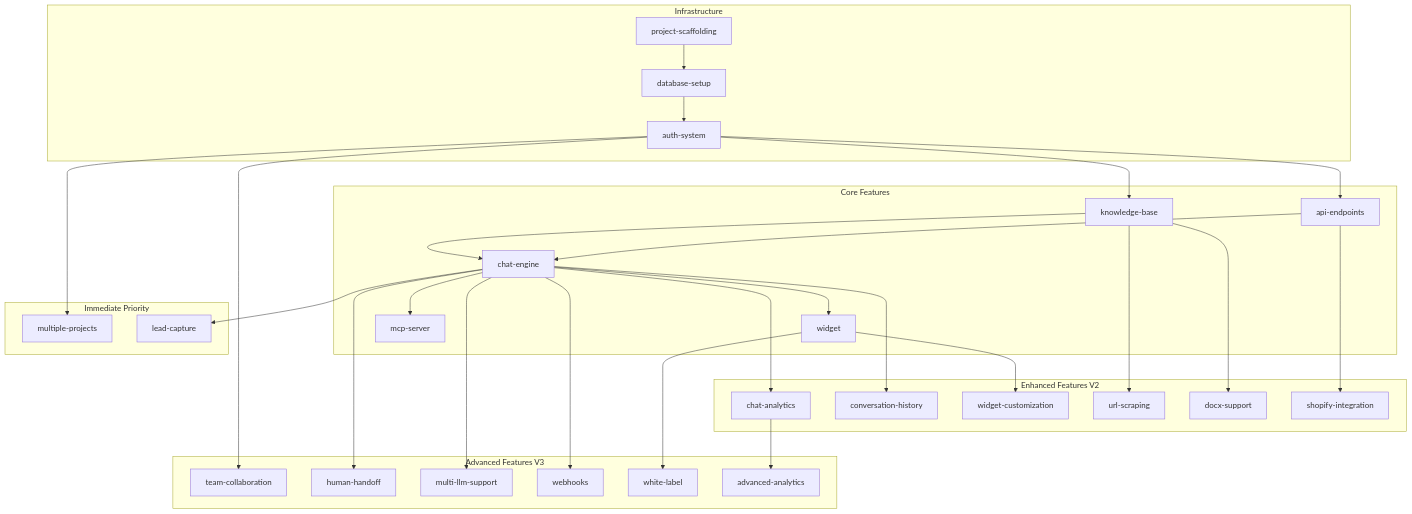
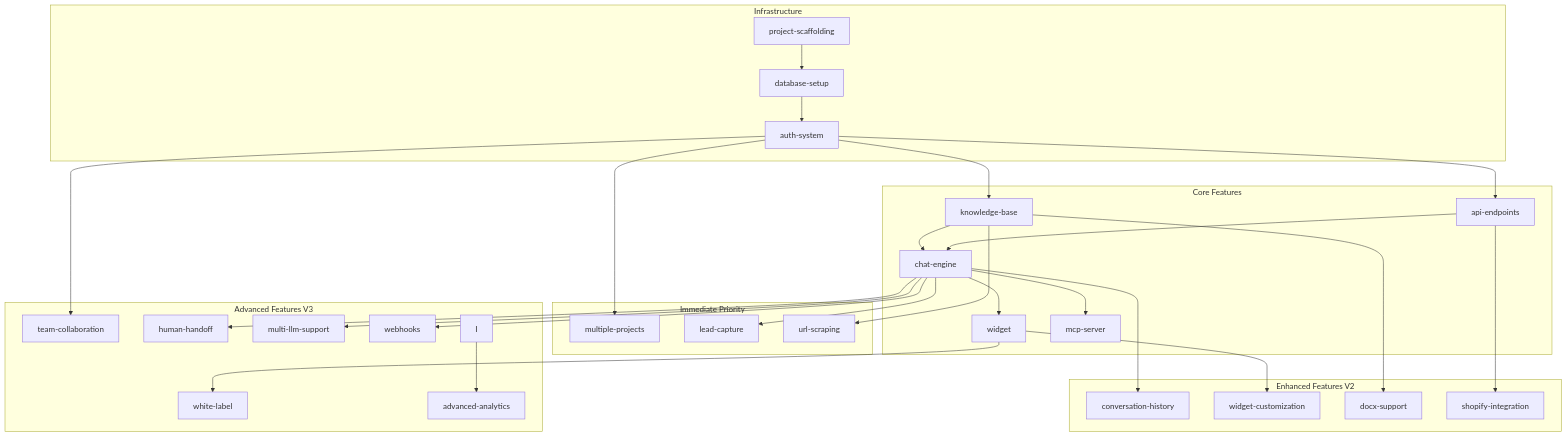
One commit to munam-tariq/cover changed the diagram in docs/product/features/_index.md. Above: the diagram before and after it, drawn with Mermaid. The commit also changed other lines of this file and 22 other files, not shown here.

````diff
--- a/docs/product/features/_index.md
+++ b/docs/product/features/_index.md
@@ -23,39 +23,38 @@
 ```mermaid
 graph TD
     subgraph Infrastructure
         A[project-scaffolding] --> B[database-setup]
         B --> C[auth-system]
     end
 
     subgraph Core Features
         C --> D[knowledge-base]
         C --> E[api-endpoints]
         D --> F[chat-engine]
         E --> F
         F --> G[widget]
         F --> H[mcp-server]
     end
 
     subgraph Immediate Priority
         C --> MP[multiple-projects]
         F --> LC[lead-capture]
+        D --> US[url-scraping]
     end
 
     subgraph Enhanced Features V2
-        F --> I[chat-analytics]
         F --> J[conversation-history]
         G --> K[widget-customization]
-        D --> L[url-scraping]
         D --> M[docx-support]
         E --> N[shopify-integration]
     end
 
     subgraph Advanced Features V3
         C --> P[team-collaboration]
         F --> Q[human-handoff]
         F --> R[multi-llm-support]
         F --> S[webhooks]
         G --> T[white-label]
         I --> U[advanced-analytics]
     end
 ```
````
